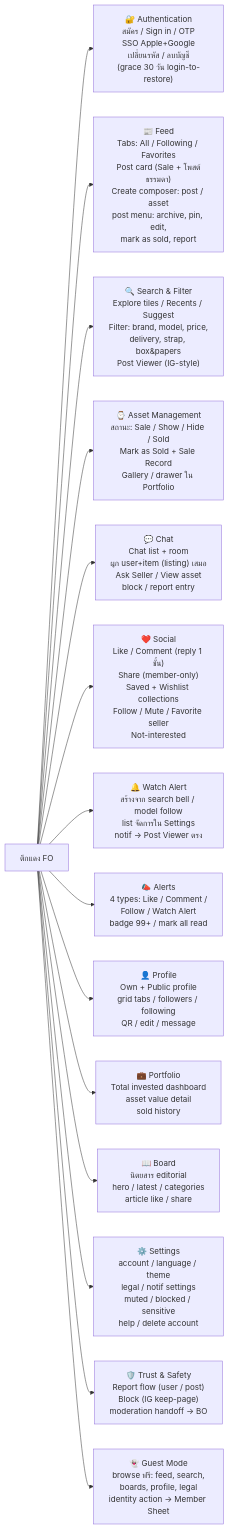
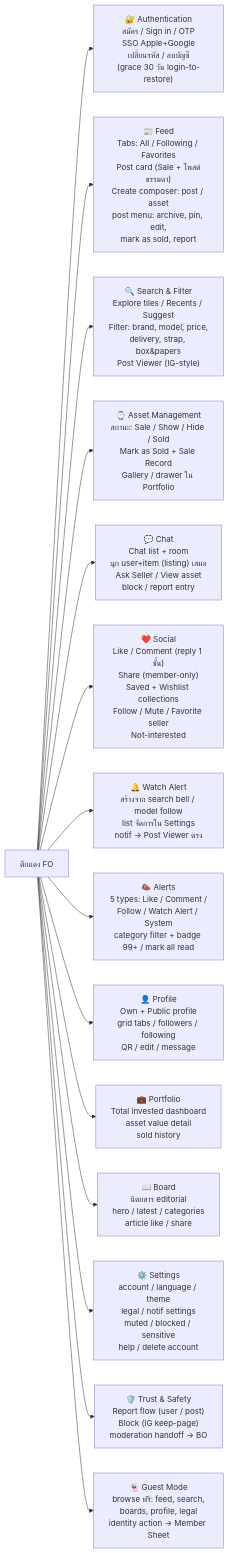
The second of 8 diagrams in deliverables/FO-DIAG-001-fo-app-diagrams.md (kultida-t/TukDaeng), drawn with Mermaid before and after one commit. The commit also changed 8 other files, not shown here.

First line of the commit message:
docs(fo): FO-TEST-002 test book sync per DEC-43/48 — system type + category filter + ALT-070 restore

````diff
--- a/deliverables/FO-DIAG-001-fo-app-diagrams.md
+++ b/deliverables/FO-DIAG-001-fo-app-diagrams.md
@@ -60,32 +60,32 @@
 ```mermaid
 flowchart LR
     ROOT["ตึกแดง FO"]
 
     ROOT --> A["🔐 Authentication<br/>สมัคร / Sign in / OTP<br/>SSO Apple+Google<br/>เปลี่ยนรหัส / ลบบัญชี<br/>(grace 30 วัน login-to-restore)"]
 
     ROOT --> B["📰 Feed<br/>Tabs: All / Following / Favorites<br/>Post card (Sale + โพสต์ธรรมดา)<br/>Create composer: post / asset<br/>post menu: archive, pin, edit,<br/>mark as sold, report"]
 
     ROOT --> C["🔍 Search & Filter<br/>Explore tiles / Recents / Suggest<br/>Filter: brand, model, price,<br/>delivery, strap, box&papers<br/>Post Viewer (IG-style)"]
 
     ROOT --> D["⌚ Asset Management<br/>สถานะ: Sale / Show / Hide / Sold<br/>Mark as Sold + Sale Record<br/>Gallery / drawer ใน Portfolio"]
 
     ROOT --> E["💬 Chat<br/>Chat list + room<br/>ผูก user+item (listing) เสมอ<br/>Ask Seller / View asset<br/>block / report entry"]
 
     ROOT --> F["❤️ Social<br/>Like / Comment (reply 1 ชั้น)<br/>Share (member-only)<br/>Saved + Wishlist collections<br/>Follow / Mute / Favorite seller<br/>Not-interested"]
 
     ROOT --> G["🔔 Watch Alert<br/>สร้างจาก search bell / model follow<br/>list จัดการใน Settings<br/>notif → Post Viewer ตรง"]
 
-    ROOT --> H["📣 Alerts<br/>4 types: Like / Comment /<br/>Follow / Watch Alert<br/>badge 99+ / mark all read"]
+    ROOT --> H["📣 Alerts<br/>5 types: Like / Comment /<br/>Follow / Watch Alert / System<br/>category filter + badge 99+ / mark all read"]
 
     ROOT --> I["👤 Profile<br/>Own + Public profile<br/>grid tabs / followers / following<br/>QR / edit / message"]
 
     ROOT --> J["💼 Portfolio<br/>Total invested dashboard<br/>asset value detail<br/>sold history"]
 
     ROOT --> K["📖 Board<br/>นิตยสาร editorial<br/>hero / latest / categories<br/>article like / share"]
 
     ROOT --> L["⚙️ Settings<br/>account / language / theme<br/>legal / notif settings<br/>muted / blocked / sensitive<br/>help / delete account"]
 
     ROOT --> M["🛡️ Trust & Safety<br/>Report flow (user / post)<br/>Block (IG keep-page)<br/>moderation handoff → BO"]
 
     ROOT --> N["👻 Guest Mode<br/>browse ฟรี: feed, search,<br/>boards, profile, legal<br/>identity action → Member Sheet"]
 ```
````
